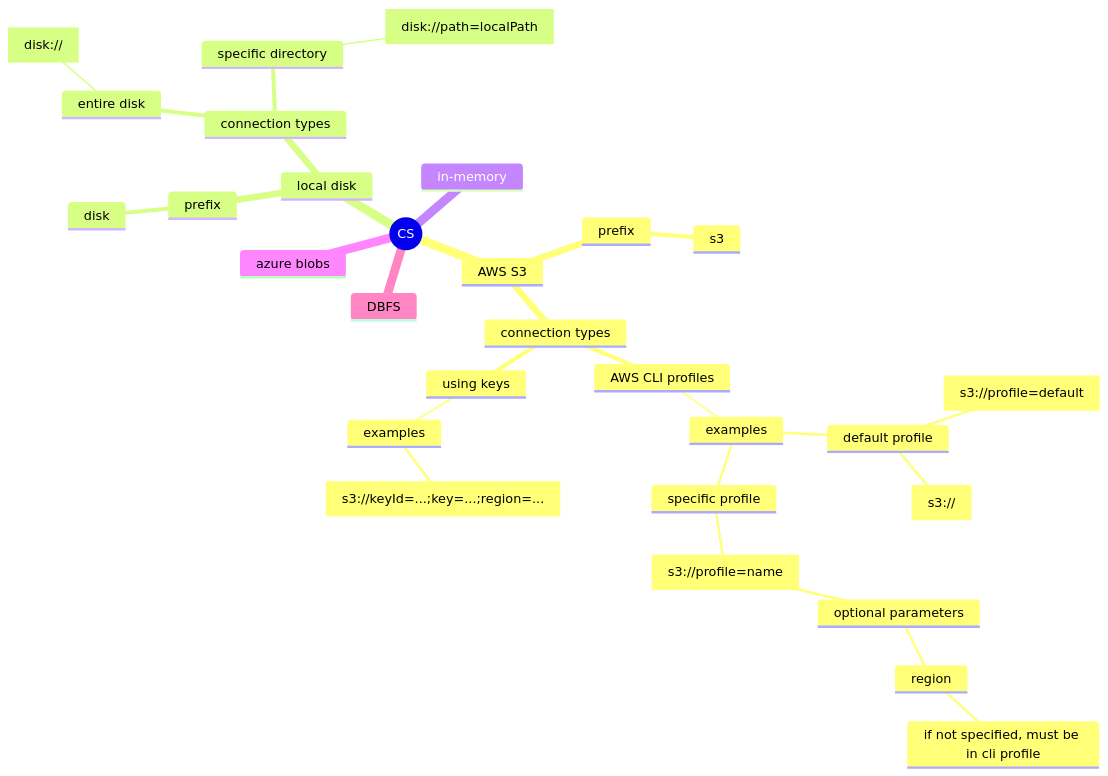
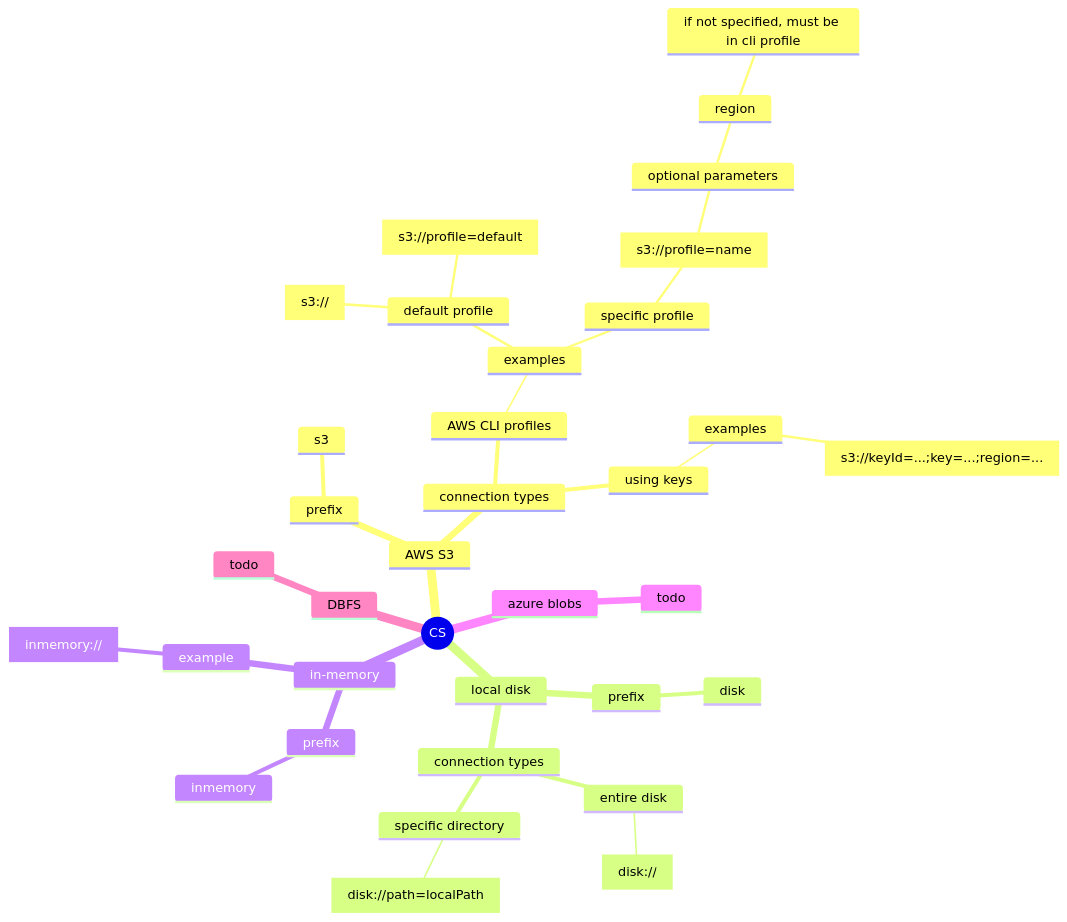
One commit to aloneguid/stowage changed the diagram in docs/README.md. Above: the diagram before and after it, drawn with Mermaid. The commit also changed 19 other files, not shown here.

````diff
--- a/docs/README.md
+++ b/docs/README.md
@@ -205,33 +205,39 @@
 ```mermaid
 mindmap
 	root((CS))
 		AWS S3
 			prefix
 				s3
 			connection types
 				AWS CLI profiles
 					examples
 							default profile
 								s31["`s3://`"]
 								s32["`s3://profile=default`"]
 							specific profile
 								s33["`s3://profile=name`"]
                     optional parameters
                         region
                             if not specified, must be in cli profile
 				using keys
 					examples
 						s34["`s3://keyId=...;key=...;region=...`"]
 		local disk
 			prefix
 				disk
 			connection types
 				entire disk
 					disk2["`disk://`"]
 				specific directory
 					disk1["`disk://path=localPath`"]
 		in-memory
+			prefix
+				inmemory
+			example
+				im1["`inmemory://`"]
 		azure blobs
+			todo
 		DBFS
+			todo
 						
 ```
````
